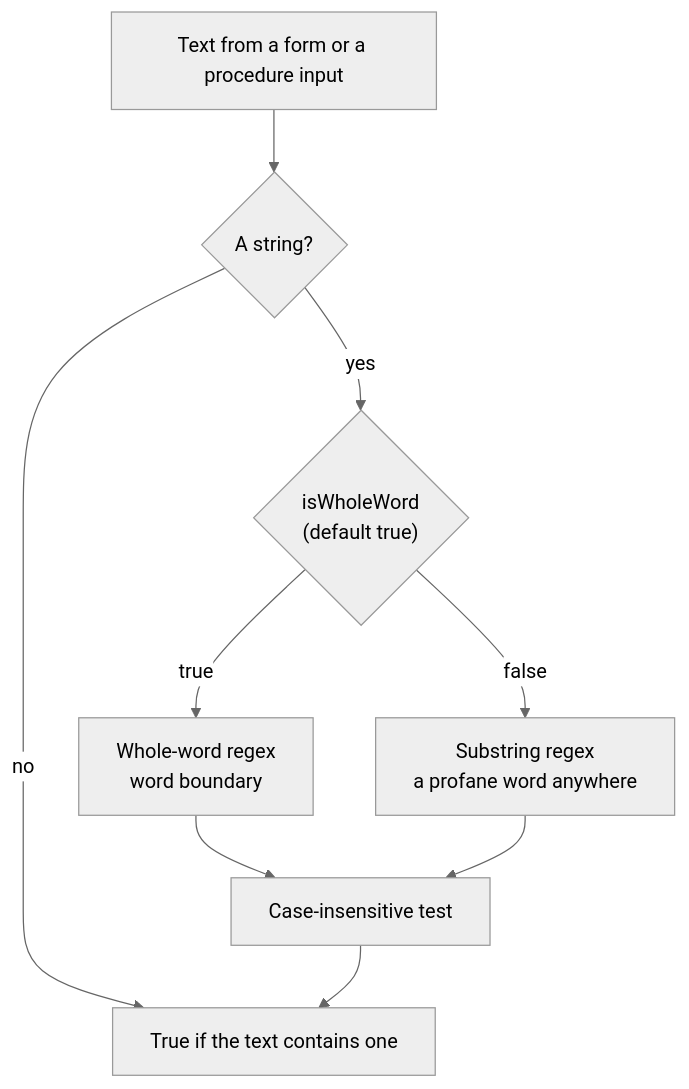
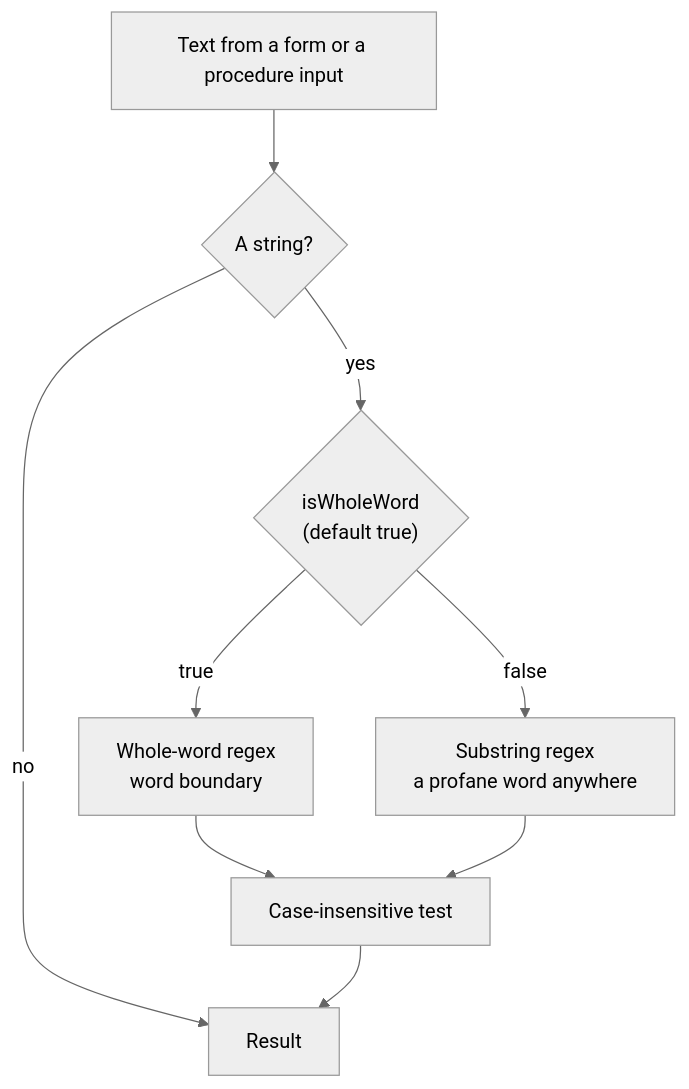
Before and after one commit to Esposter/Esposter: the diagram in openspec/specs/shared/profanity/design.md, drawn with Mermaid (neutral theme). The commit also changed other lines of this file and 15 other files, not shown here.

````diff
--- a/openspec/specs/shared/profanity/design.md
+++ b/openspec/specs/shared/profanity/design.md
@@ -7,18 +7,18 @@
 ```mermaid
 flowchart TD
   input["Text from a form or a procedure input"]
   isString{"A string?"}
   mode{"isWholeWord<br/>(default true)"}
   whole["Whole-word regex<br/>word boundary"]
   substring["Substring regex<br/>a profane word anywhere"]
   test["Case-insensitive test"]
-  result["True if the text contains one"]
+  result["Result"]
   input --> isString
   isString -->|no| result
   isString -->|yes| mode
   mode -->|true| whole
   mode -->|false| substring
   whole --> test
   substring --> test
   test --> result
 ```
````
